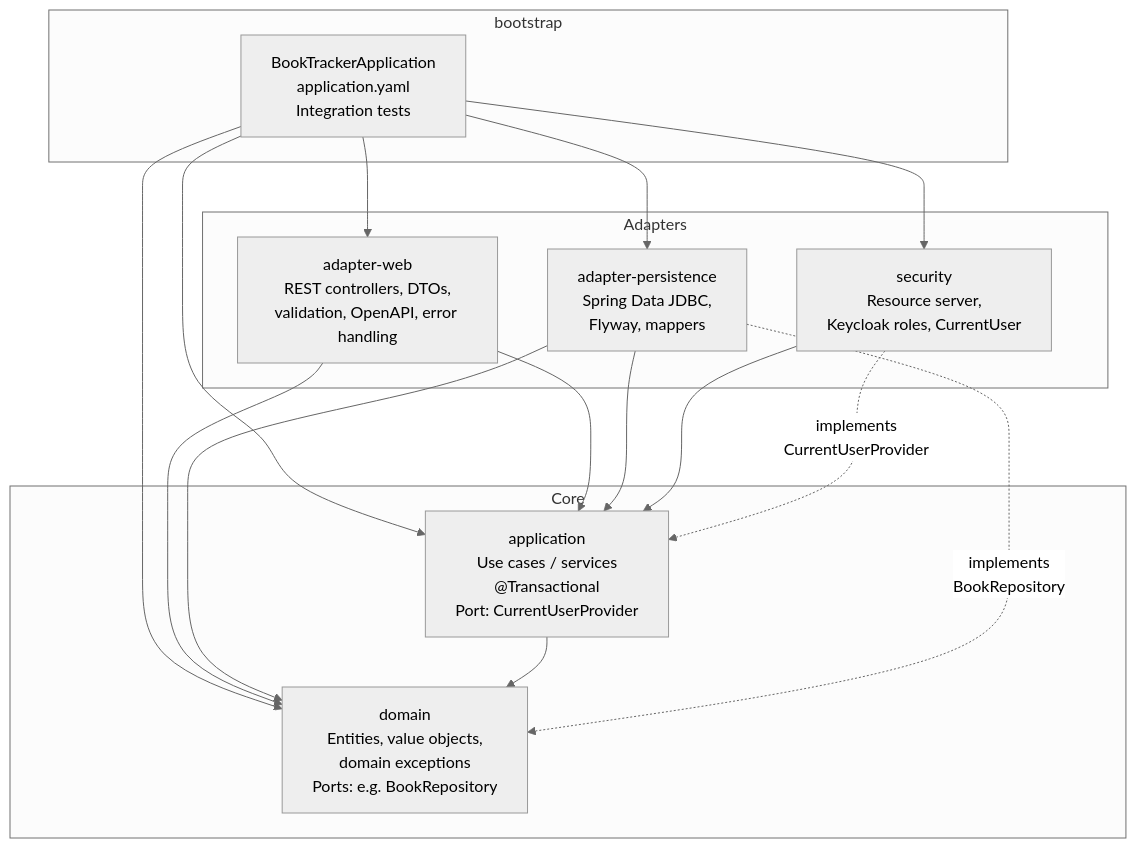
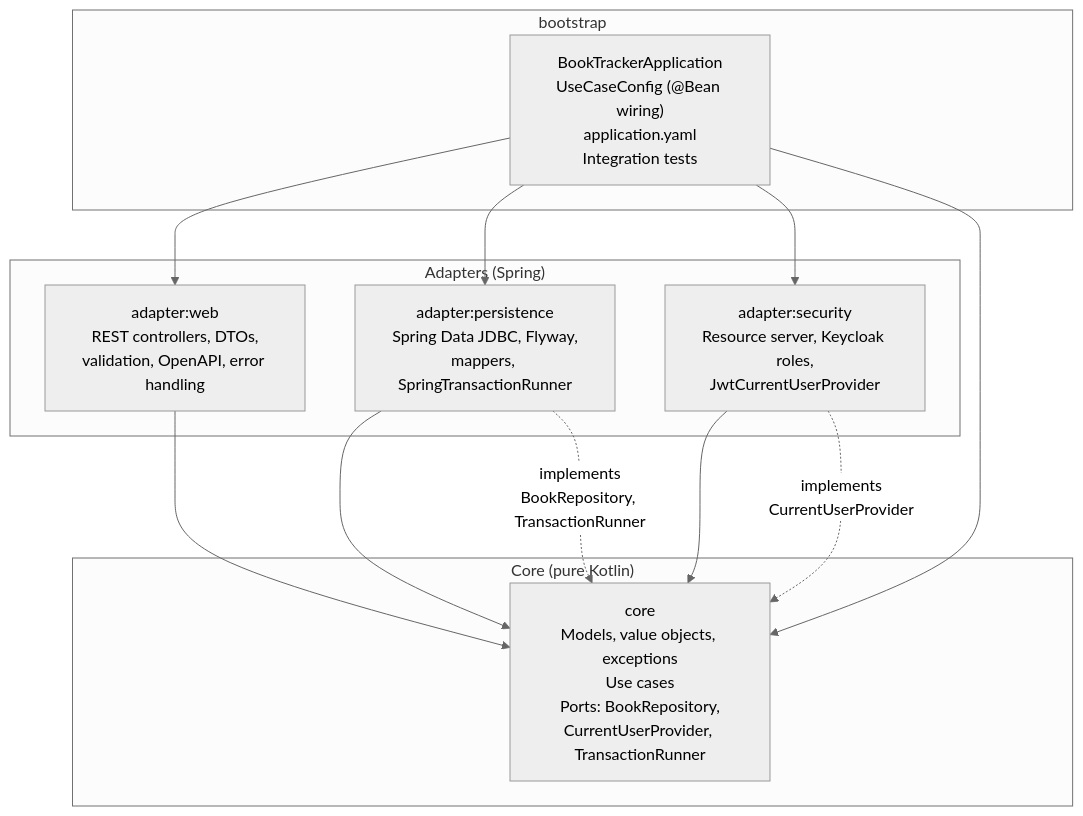
Before and after one commit to AnSrwn/BookTracker: the second of 3 diagrams in backend/docs/architecture.md, drawn with Mermaid (neutral theme). The commit also changed other lines of this file and 16 other files, not shown here.

````diff
--- a/backend/docs/architecture.md
+++ b/backend/docs/architecture.md
@@ -54,33 +54,28 @@
 ```mermaid
 flowchart TB
     subgraph boot["bootstrap"]
-        bootApp["BookTrackerApplication<br/>application.yaml<br/>Integration tests"]
+        bootApp["BookTrackerApplication<br/>UseCaseConfig (@Bean wiring)<br/>application.yaml<br/>Integration tests"]
     end
 
-    subgraph adapters["Adapters"]
-        web["adapter-web<br/>REST controllers, DTOs,<br/>validation, OpenAPI, error handling"]
-        persistence["adapter-persistence<br/>Spring Data JDBC,<br/>Flyway, mappers"]
-        security["security<br/>Resource server,<br/>Keycloak roles, CurrentUser"]
+    subgraph adapters["Adapters (Spring)"]
+        web["adapter:web<br/>REST controllers, DTOs,<br/>validation, OpenAPI, error handling"]
+        persistence["adapter:persistence<br/>Spring Data JDBC, Flyway,<br/>mappers, SpringTransactionRunner"]
+        security["adapter:security<br/>Resource server, Keycloak roles,<br/>JwtCurrentUserProvider"]
     end
 
-    subgraph core["Core"]
-        application["application<br/>Use cases / services<br/>@Transactional<br/>Port: CurrentUserProvider"]
-        domain["domain<br/>Entities, value objects,<br/>domain exceptions<br/>Ports: e.g. BookRepository"]
+    subgraph coreLayer["Core (pure Kotlin)"]
+        core["core<br/>Models, value objects, exceptions<br/>Use cases<br/>Ports: BookRepository,<br/>CurrentUserProvider, TransactionRunner"]
     end
 
     bootApp --> web
     bootApp --> persistence
     bootApp --> security
-    bootApp --> application
-    bootApp --> domain
+    bootApp --> core
 
-    web --> application
-    web --> domain
-    persistence --> application
-    persistence --> domain
-    security --> application
-    application --> domain
+    web --> core
+    persistence --> core
+    security --> core
 
-    persistence -. "implements<br/>BookRepository" .-> domain
-    security -. "implements<br/>CurrentUserProvider" .-> application
+    persistence -. "implements<br/>BookRepository, TransactionRunner" .-> core
+    security -. "implements<br/>CurrentUserProvider" .-> core
 ```
````
